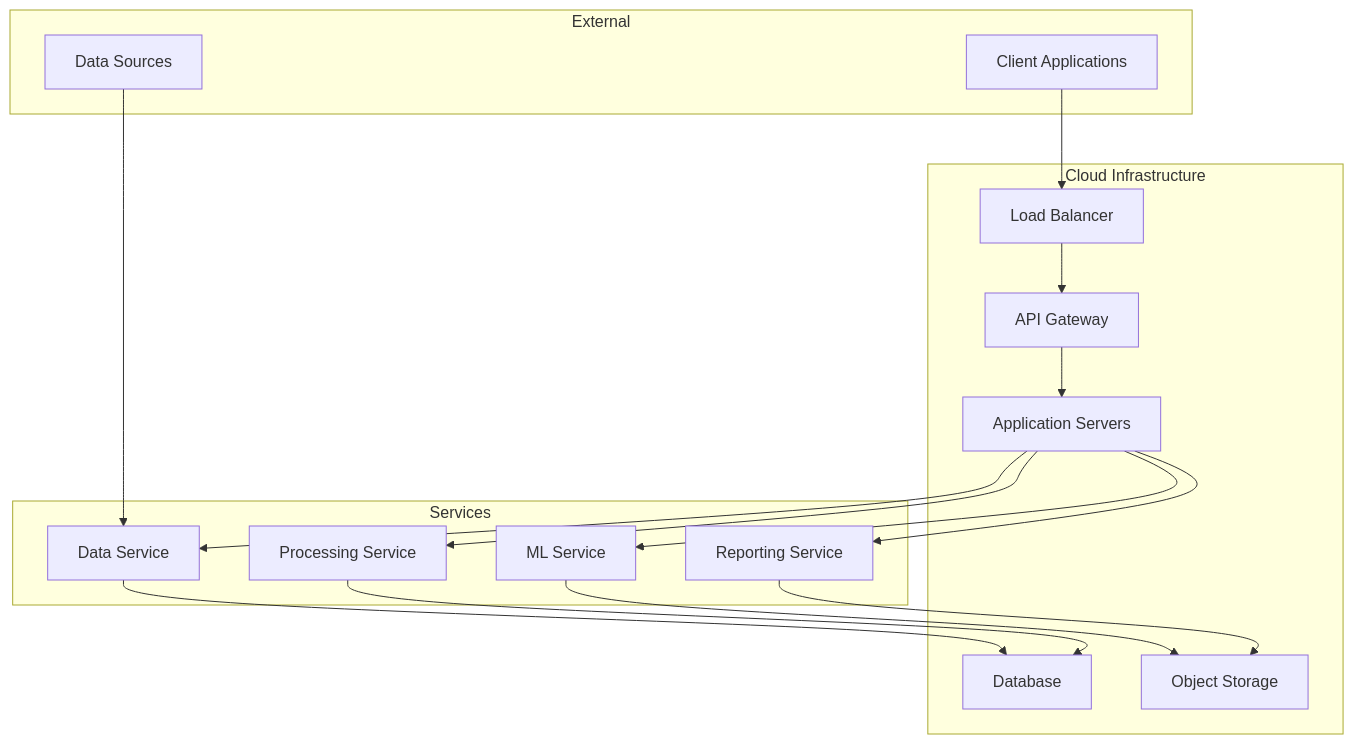
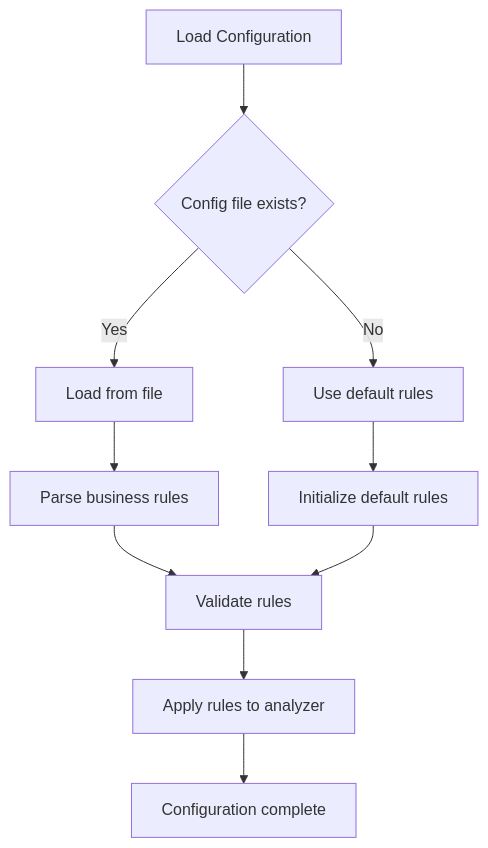
One commit to ksmadhavareddy/recon-ai changed diagram 19 of 30 in docs/DIAGRAMS.md. Above: the diagram before and after it, drawn with Mermaid. The commit also changed other lines of this file and 14 other files, not shown here.

````diff
--- a/docs/DIAGRAMS.md
+++ b/docs/DIAGRAMS.md
@@ -427,35 +409,12 @@
 ```mermaid
-graph TB
-    subgraph "Cloud Infrastructure"
-        A[Load Balancer]
-        B[API Gateway]
-        C[Application Servers]
-        D[Database]
-        E[Object Storage]
-    end
-    
-    subgraph "Services"
-        F[Data Service]
-        G[Processing Service]
-        H[ML Service]
-        I[Reporting Service]
-    end
-    
-    subgraph "External"
-        J[Client Applications]
-        K[Data Sources]
-    end
-    
-    J --> A
-    A --> B
-    B --> C
-    C --> F
-    C --> G
-    C --> H
-    C --> I
-    F --> D
-    G --> D
-    H --> E
-    I --> E
-    K --> F
+graph TD
+    A[Load Configuration] --> B{Config file exists?}
+    B -->|Yes| C[Load from file]
+    B -->|No| D[Use default rules]
+    C --> E[Parse business rules]
+    D --> F[Initialize default rules]
+    E --> G[Validate rules]
+    F --> G
+    G --> H[Apply rules to analyzer]
+    H --> I[Configuration complete]
 ```
````
